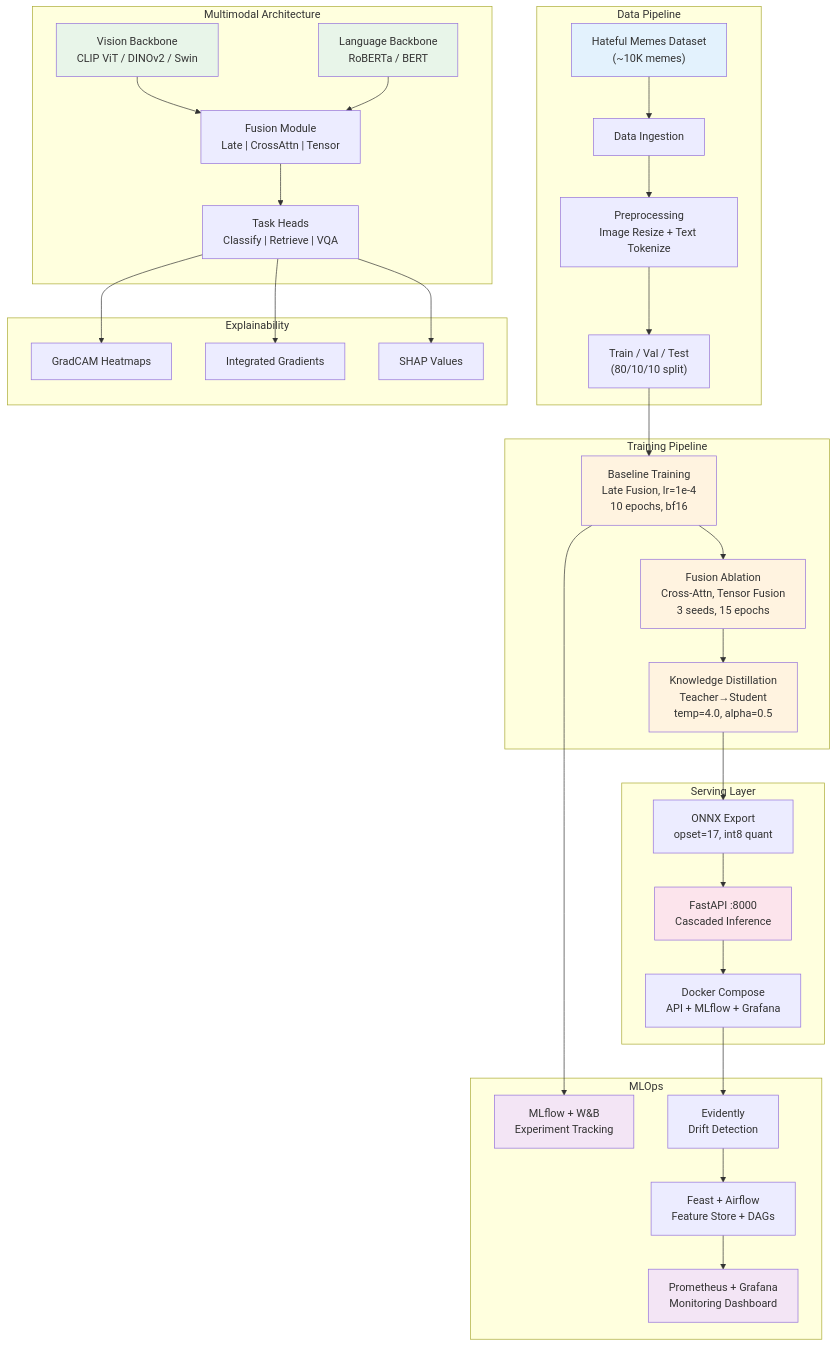
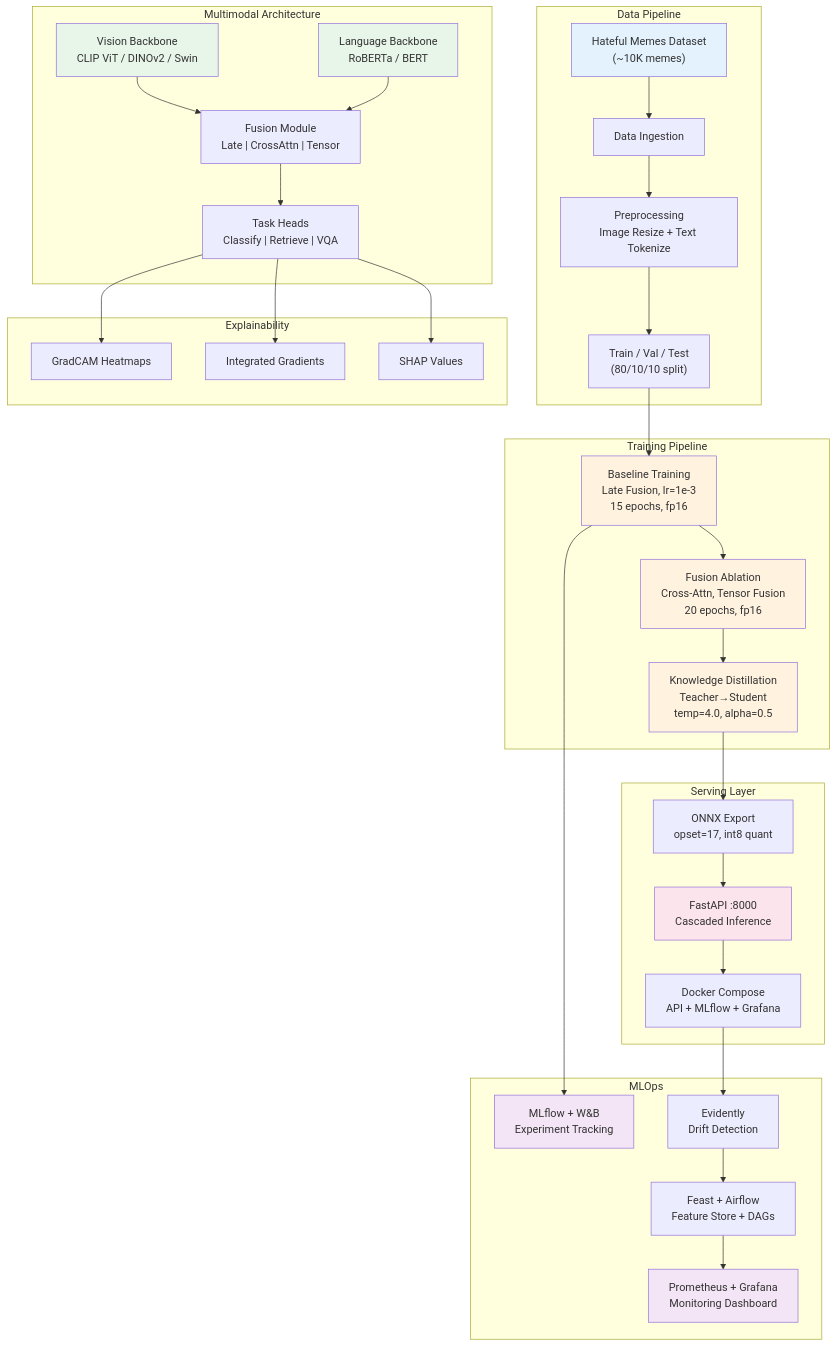
The diagram in README.md (zubairashfaque/multiguard), drawn with Mermaid before and after one commit. The commit also changed other lines of this file and 12 other files, not shown here.

````diff
--- a/README.md
+++ b/README.md
@@ -54,49 +54,49 @@
 ```mermaid
 graph TB
     subgraph "Data Pipeline"
         A["Hateful Memes Dataset<br/>(~10K memes)"] --> B[Data Ingestion]
         B --> C["Preprocessing<br/>Image Resize + Text Tokenize"]
         C --> D["Train / Val / Test<br/>(80/10/10 split)"]
     end
 
     subgraph "Training Pipeline"
-        D --> E["Baseline Training<br/>Late Fusion, lr=1e-4<br/>10 epochs, bf16"]
-        E --> F["Fusion Ablation<br/>Cross-Attn, Tensor Fusion<br/>3 seeds, 15 epochs"]
+        D --> E["Baseline Training<br/>Late Fusion, lr=1e-3<br/>15 epochs, fp16"]
+        E --> F["Fusion Ablation<br/>Cross-Attn, Tensor Fusion<br/>20 epochs, fp16"]
         F --> G["Knowledge Distillation<br/>Teacher→Student<br/>temp=4.0, alpha=0.5"]
     end
 
     subgraph "Multimodal Architecture"
         H["Vision Backbone<br/>CLIP ViT / DINOv2 / Swin"] --> J["Fusion Module<br/>Late | CrossAttn | Tensor"]
         I["Language Backbone<br/>RoBERTa / BERT"] --> J
         J --> K["Task Heads<br/>Classify | Retrieve | VQA"]
     end
 
     subgraph "Explainability"
         K --> L["GradCAM Heatmaps"]
         K --> M["Integrated Gradients"]
         K --> N["SHAP Values"]
     end
 
     subgraph "Serving Layer"
         G --> O["ONNX Export<br/>opset=17, int8 quant"]
         O --> P["FastAPI :8000<br/>Cascaded Inference"]
         P --> Q["Docker Compose<br/>API + MLflow + Grafana"]
     end
 
     subgraph "MLOps"
         E --> R["MLflow + W&B<br/>Experiment Tracking"]
         Q --> S["Evidently<br/>Drift Detection"]
         S --> T["Feast + Airflow<br/>Feature Store + DAGs"]
         T --> U["Prometheus + Grafana<br/>Monitoring Dashboard"]
     end
 
     style A fill:#e3f2fd
     style E fill:#fff3e0
     style F fill:#fff3e0
     style G fill:#fff3e0
     style H fill:#e8f5e9
     style I fill:#e8f5e9
     style P fill:#fce4ec
     style R fill:#f3e5f5
     style U fill:#f3e5f5
 ```
````
